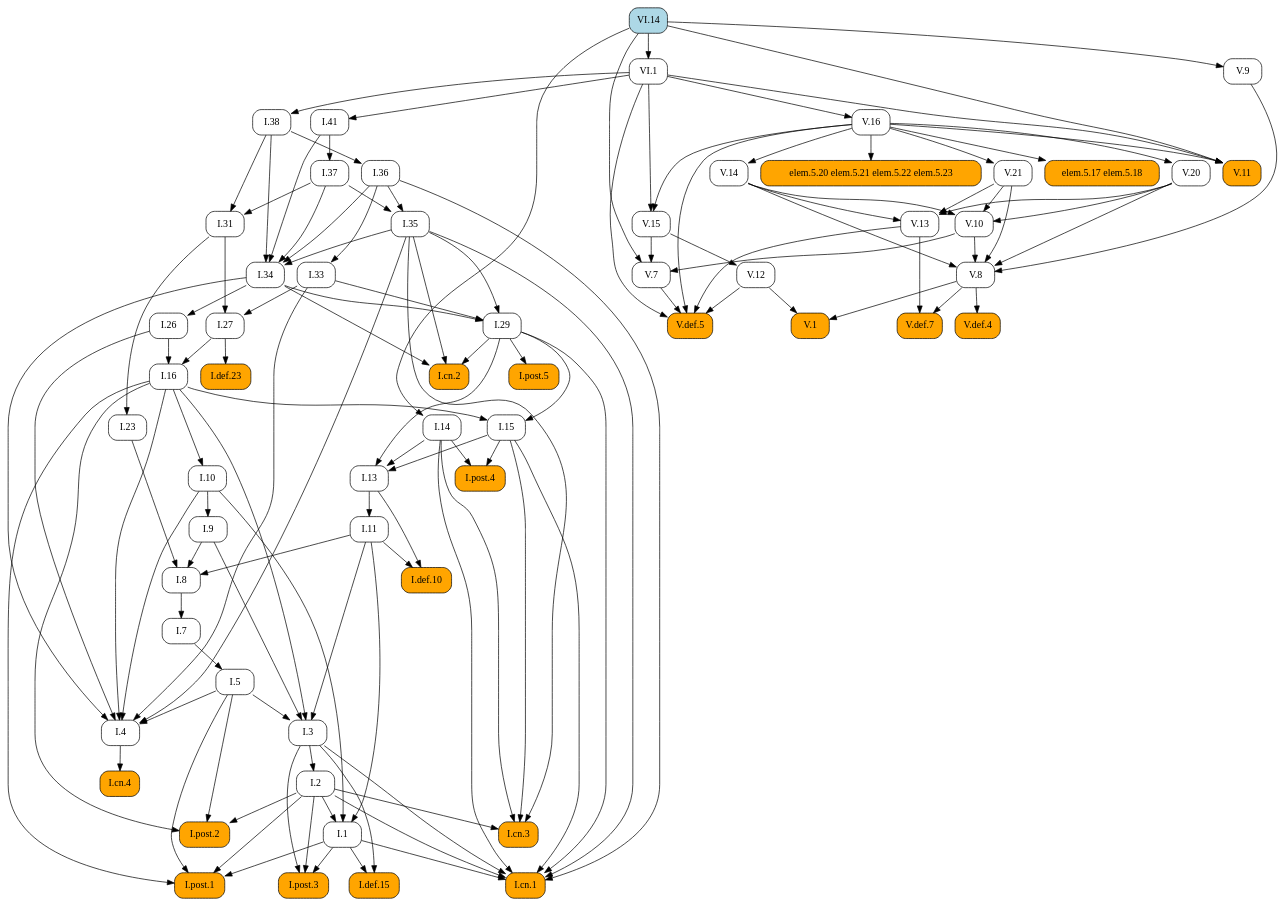
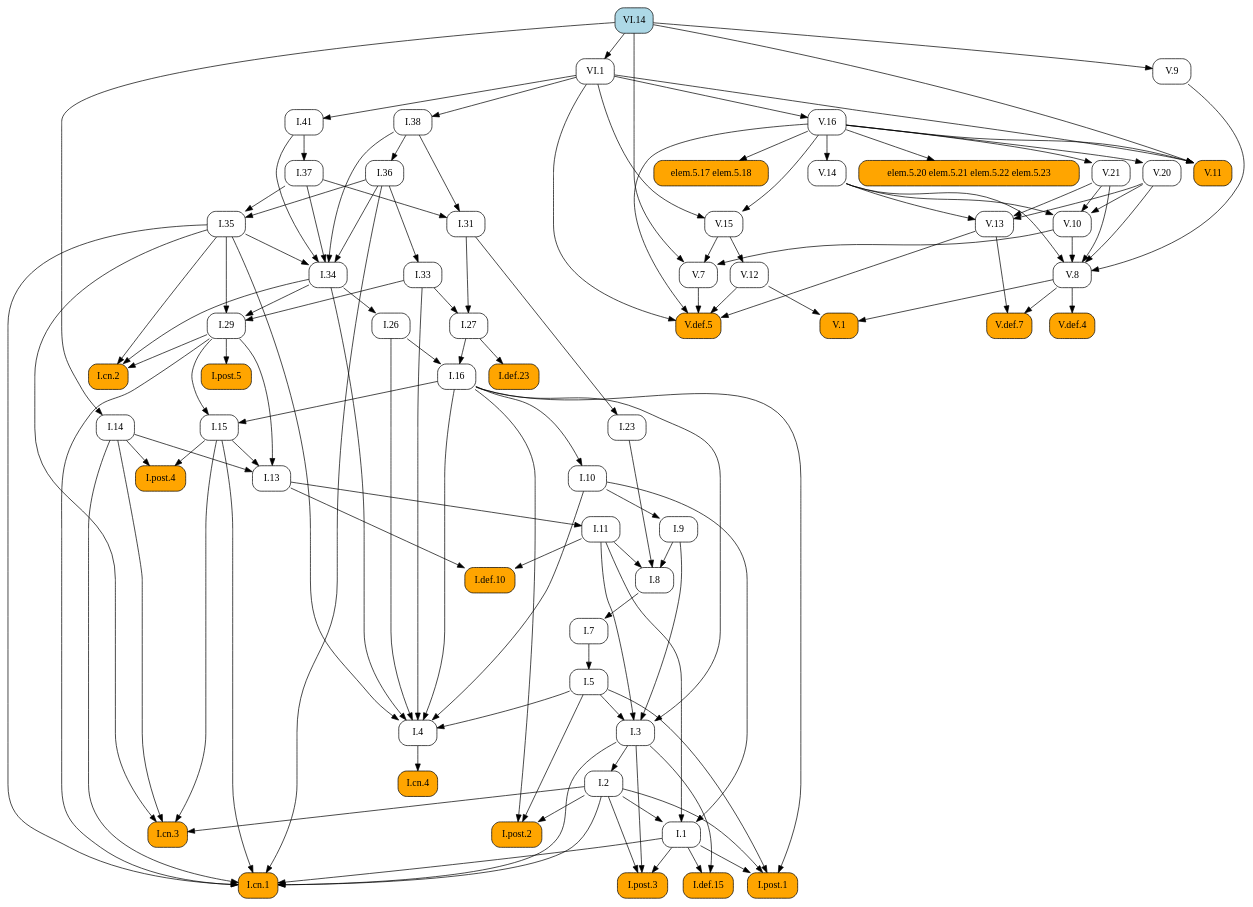
One commit to geometor/elements changed the diagram in docsrc/elements2/VI/14/index.rst. Above: the diagram before and after it, drawn with Graphviz. The commit also changed other lines of this file and 171 other files, not shown here.

```diff
--- a/docsrc/elements2/VI/14/index.rst
+++ b/docsrc/elements2/VI/14/index.rst
@@ -57,161 +57,137 @@
    digraph {
      rankdir="TB";
      node [shape=box, style=rounded];
+     "V.20" [URL="/elements2/V/20/", target="_top"];
+     "I.8" [URL="/elements2/I/8/", target="_top"];
+     "I.36" [URL="/elements2/I/36/", target="_top"];
+     "V.def.5" [style="rounded,filled", fillcolor=orange, URL="/elements2/V/def.5/", target="_top"];
+     "VI.14" [style="rounded,filled", fillcolor=lightblue, URL="/elements2/VI/14/", target="_top"];
+     "V.def.4" [style="rounded,filled", fillcolor=orange, URL="/elements2/V/def.4/", target="_top"];
+     "I.14" [URL="/elements2/I/14/", target="_top"];
+     "I.post.1" [style="rounded,filled", fillcolor=orange, URL="/elements2/I/post.1/", target="_top"];
+     "I.33" [URL="/elements2/I/33/", target="_top"];
+     "I.5" [URL="/elements2/I/5/", target="_top"];
+     "I.38" [URL="/elements2/I/38/", target="_top"];
+     "elem.5.17 elem.5.18" [style="rounded,filled", fillcolor=orange];
+     "VI.1" [URL="/elements2/VI/1/", target="_top"];
+     "V.11" [style="rounded,filled", fillcolor=orange, URL="/elements2/V/11/", target="_top"];
+     "I.def.10" [style="rounded,filled", fillcolor=orange, URL="/elements2/I/def.10/", target="_top"];
+     "V.13" [URL="/elements2/V/13/", target="_top"];
+     "I.post.5" [style="rounded,filled", fillcolor=orange, URL="/elements2/I/post.5/", target="_top"];
+     "I.cn.2" [style="rounded,filled", fillcolor=orange, URL="/elements2/I/cn.2/", target="_top"];
+     "V.9" [URL="/elements2/V/9/", target="_top"];
+     "V.16" [URL="/elements2/V/16/", target="_top"];
+     "I.def.15" [style="rounded,filled", fillcolor=orange, URL="/elements2/I/def.15/", target="_top"];
+     "V.15" [URL="/elements2/V/15/", target="_top"];
+     "I.31" [URL="/elements2/I/31/", target="_top"];
+     "I.11" [URL="/elements2/I/11/", target="_top"];
+     "I.3" [URL="/elements2/I/3/", target="_top"];
+     "I.def.23" [style="rounded,filled", fillcolor=orange, URL="/elements2/I/def.23/", target="_top"];
+     "I.post.2" [style="rounded,filled", fillcolor=orange, URL="/elements2/I/post.2/", target="_top"];
+     "I.26" [URL="/elements2/I/26/", target="_top"];
+     "V.14" [URL="/elements2/V/14/", target="_top"];
+     "V.10" [URL="/elements2/V/10/", target="_top"];
+     "I.cn.3" [style="rounded,filled", fillcolor=orange, URL="/elements2/I/cn.3/", target="_top"];
+     "I.1" [URL="/elements2/I/1/", target="_top"];
+     "I.cn.4" [style="rounded,filled", fillcolor=orange, URL="/elements2/I/cn.4/", target="_top"];
+     "I.23" [URL="/elements2/I/23/", target="_top"];
+     "I.7" [URL="/elements2/I/7/", target="_top"];
+     "I.9" [URL="/elements2/I/9/", target="_top"];
+     "I.16" [URL="/elements2/I/16/", target="_top"];
+     "V.1" [style="rounded,filled", fillcolor=orange, URL="/elements2/V/1/", target="_top"];
+     "V.7" [URL="/elements2/V/7/", target="_top"];
+     "I.cn.1" [style="rounded,filled", fillcolor=orange, URL="/elements2/I/cn.1/", target="_top"];
+     "I.post.4" [style="rounded,filled", fillcolor=orange, URL="/elements2/I/post.4/", target="_top"];
+     "V.12" [URL="/elements2/V/12/", target="_top"];
+     "I.13" [URL="/elements2/I/13/", target="_top"];
+     "V.21" [URL="/elements2/V/21/", target="_top"];
+     "elem.5.20 elem.5.21 elem.5.22 elem.5.23" [style="rounded,filled", fillcolor=orange];
+     "I.41" [URL="/elements2/I/41/", target="_top"];
+     "I.29" [URL="/elements2/I/29/", target="_top"];
+     "I.35" [URL="/elements2/I/35/", target="_top"];
+     "I.2" [URL="/elements2/I/2/", target="_top"];
      "I.37" [URL="/elements2/I/37/", target="_top"];
-     "elem.5.17 elem.5.18" [style="rounded,filled", fillcolor=orange];
-     "V.7" [URL="/elements2/V/7/", target="_top"];
-     "I.def.10" [style="rounded,filled", fillcolor=orange, URL="/elements2/I/def.10/", target="_top"];
-     "VI.14" [style="rounded,filled", fillcolor=lightblue, URL="/elements2/VI/14/", target="_top"];
+     "I.27" [URL="/elements2/I/27/", target="_top"];
+     "I.4" [URL="/elements2/I/4/", target="_top"];
+     "V.8" [URL="/elements2/V/8/", target="_top"];
+     "I.10" [URL="/elements2/I/10/", target="_top"];
+     "I.15" [URL="/elements2/I/15/", target="_top"];
      "I.34" [URL="/elements2/I/34/", target="_top"];
-     "V.def.5" [style="rounded,filled", fillcolor=orange, URL="/elements2/V/def.5/", target="_top"];
-     "I.def.15" [style="rounded,filled", fillcolor=orange, URL="/elements2/I/def.15/", target="_top"];
+     "V.def.7" [style="rounded,filled", fillcolor=orange, URL="/elements2/V/def.7/", target="_top"];
      "I.post.3" [style="rounded,filled", fillcolor=orange, URL="/elements2/I/post.3/", target="_top"];
-     "I.cn.4" [style="rounded,filled", fillcolor=orange, URL="/elements2/I/cn.4/", target="_top"];
-     "V.def.7" [style="rounded,filled", fillcolor=orange, URL="/elements2/V/def.7/", target="_top"];
-     "I.41" [URL="/elements2/I/41/", target="_top"];
-     "I.36" [URL="/elements2/I/36/", target="_top"];
-     "I.27" [URL="/elements2/I/27/", target="_top"];
-     "V.10" [URL="/elements2/V/10/", target="_top"];
-     "I.post.2" [style="rounded,filled", fillcolor=orange, URL="/elements2/I/post.2/", target="_top"];
-     "I.13" [URL="/elements2/I/13/", target="_top"];
-     "I.10" [URL="/elements2/I/10/", target="_top"];
-     "I.post.1" [style="rounded,filled", fillcolor=orange, URL="/elements2/I/post.1/", target="_top"];
-     "I.7" [URL="/elements2/I/7/", target="_top"];
-     "V.15" [URL="/elements2/V/15/", target="_top"];
-     "V.14" [URL="/elements2/V/14/", target="_top"];
-     "I.14" [URL="/elements2/I/14/", target="_top"];
-     "I.11" [URL="/elements2/I/11/", target="_top"];
-     "I.4" [URL="/elements2/I/4/", target="_top"];
-     "V.13" [URL="/elements2/V/13/", target="_top"];
-     "V.16" [URL="/elements2/V/16/", target="_top"];
-     "V.1" [style="rounded,filled", fillcolor=orange, URL="/elements2/V/1/", target="_top"];
-     "I.16" [URL="/elements2/I/16/", target="_top"];
-     "V.21" [URL="/elements2/V/21/", target="_top"];
-     "I.def.23" [style="rounded,filled", fillcolor=orange, URL="/elements2/I/def.23/", target="_top"];
-     "elem.5.20 elem.5.21 elem.5.22 elem.5.23" [style="rounded,filled", fillcolor=orange];
-     "I.9" [URL="/elements2/I/9/", target="_top"];
-     "I.38" [URL="/elements2/I/38/", target="_top"];
-     "I.8" [URL="/elements2/I/8/", target="_top"];
-     "I.23" [URL="/elements2/I/23/", target="_top"];
-     "I.26" [URL="/elements2/I/26/", target="_top"];
-     "I.cn.2" [style="rounded,filled", fillcolor=orange, URL="/elements2/I/cn.2/", target="_top"];
-     "I.2" [URL="/elements2/I/2/", target="_top"];
-     "I.15" [URL="/elements2/I/15/", target="_top"];
-     "I.post.5" [style="rounded,filled", fillcolor=orange, URL="/elements2/I/post.5/", target="_top"];
-     "VI.1" [URL="/elements2/VI/1/", target="_top"];
-     "I.1" [URL="/elements2/I/1/", target="_top"];
-     "V.def.4" [style="rounded,filled", fillcolor=orange, URL="/elements2/V/def.4/", target="_top"];
-     "I.35" [URL="/elements2/I/35/", target="_top"];
-     "V.11" [style="rounded,filled", fillcolor=orange, URL="/elements2/V/11/", target="_top"];
-     "V.12" [URL="/elements2/V/12/", target="_top"];
-     "I.33" [URL="/elements2/I/33/", target="_top"];
-     "I.31" [URL="/elements2/I/31/", target="_top"];
-     "I.post.4" [style="rounded,filled", fillcolor=orange, URL="/elements2/I/post.4/", target="_top"];
-     "I.cn.1" [style="rounded,filled", fillcolor=orange, URL="/elements2/I/cn.1/", target="_top"];
-     "I.3" [URL="/elements2/I/3/", target="_top"];
-     "I.cn.3" [style="rounded,filled", fillcolor=orange, URL="/elements2/I/cn.3/", target="_top"];
-     "V.9" [URL="/elements2/V/9/", target="_top"];
-     "I.29" [URL="/elements2/I/29/", target="_top"];
-     "I.5" [URL="/elements2/I/5/", target="_top"];
-     "V.8" [URL="/elements2/V/8/", target="_top"];
-     "V.20" [URL="/elements2/V/20/", target="_top"];
-     "I.41" -> "I.37";
-     "V.16" -> "elem.5.17 elem.5.18";
-     "V.10" -> "V.7";
-     "V.15" -> "V.7";
-     "VI.14" -> "V.7";
-     "I.11" -> "I.def.10";
-     "I.13" -> "I.def.10";
-     "I.35" -> "I.34";
-     "I.36" -> "I.34";
-     "I.37" -> "I.34";
-     "I.38" -> "I.34";
-     "I.41" -> "I.34";
+     "V.16" -> "V.20";
+     "I.9" -> "I.8";
+     "I.11" -> "I.8";
+     "I.23" -> "I.8";
+     "I.38" -> "I.36";
      "V.7" -> "V.def.5";
      "V.12" -> "V.def.5";
      "V.13" -> "V.def.5";
      "V.16" -> "V.def.5";
      "VI.1" -> "V.def.5";
-     "I.1" -> "I.def.15";
-     "I.3" -> "I.def.15";
-     "I.1" -> "I.post.3";
-     "I.2" -> "I.post.3";
-     "I.3" -> "I.post.3";
-     "I.4" -> "I.cn.4";
-     "V.8" -> "V.def.7";
-     "V.13" -> "V.def.7";
-     "VI.1" -> "I.41";
-     "I.38" -> "I.36";
-     "I.31" -> "I.27";
-     "I.33" -> "I.27";
-     "V.14" -> "V.10";
-     "V.20" -> "V.10";
-     "V.21" -> "V.10";
-     "I.2" -> "I.post.2";
-     "I.5" -> "I.post.2";
-     "I.16" -> "I.post.2";
-     "I.14" -> "I.13";
-     "I.15" -> "I.13";
-     "I.29" -> "I.13";
-     "I.16" -> "I.10";
+     "V.8" -> "V.def.4";
+     "VI.14" -> "I.14";
      "I.1" -> "I.post.1";
      "I.2" -> "I.post.1";
      "I.5" -> "I.post.1";
      "I.16" -> "I.post.1";
-     "I.8" -> "I.7";
-     "V.16" -> "V.15";
-     "VI.1" -> "V.15";
-     "V.16" -> "V.14";
-     "VI.14" -> "I.14";
-     "I.13" -> "I.11";
-     "I.5" -> "I.4";
-     "I.10" -> "I.4";
-     "I.16" -> "I.4";
-     "I.26" -> "I.4";
-     "I.33" -> "I.4";
-     "I.34" -> "I.4";
-     "I.35" -> "I.4";
+     "I.36" -> "I.33";
+     "I.7" -> "I.5";
+     "VI.1" -> "I.38";
+     "V.16" -> "elem.5.17 elem.5.18";
+     "VI.14" -> "VI.1";
+     "V.16" -> "V.11";
+     "VI.1" -> "V.11";
+     "VI.14" -> "V.11";
+     "I.11" -> "I.def.10";
+     "I.13" -> "I.def.10";
      "V.14" -> "V.13";
      "V.20" -> "V.13";
      "V.21" -> "V.13";
-     "VI.1" -> "V.16";
-     "V.8" -> "V.1";
-     "V.12" -> "V.1";
-     "I.26" -> "I.16";
-     "I.27" -> "I.16";
-     "V.16" -> "V.21";
-     "I.27" -> "I.def.23";
-     "V.16" -> "elem.5.20 elem.5.21 elem.5.22 elem.5.23";
-     "I.10" -> "I.9";
-     "VI.1" -> "I.38";
-     "I.9" -> "I.8";
-     "I.11" -> "I.8";
-     "I.23" -> "I.8";
-     "I.31" -> "I.23";
-     "I.34" -> "I.26";
+     "I.29" -> "I.post.5";
      "I.29" -> "I.cn.2";
      "I.34" -> "I.cn.2";
      "I.35" -> "I.cn.2";
-     "I.3" -> "I.2";
-     "I.16" -> "I.15";
-     "I.29" -> "I.15";
-     "I.29" -> "I.post.5";
-     "VI.14" -> "VI.1";
+     "VI.14" -> "V.9";
+     "VI.1" -> "V.16";
+     "I.1" -> "I.def.15";
+     "I.3" -> "I.def.15";
+     "V.16" -> "V.15";
+     "VI.1" -> "V.15";
+     "I.37" -> "I.31";
+     "I.38" -> "I.31";
+     "I.13" -> "I.11";
+     "I.5" -> "I.3";
+     "I.9" -> "I.3";
+     "I.11" -> "I.3";
+     "I.16" -> "I.3";
+     "I.27" -> "I.def.23";
+     "I.2" -> "I.post.2";
+     "I.5" -> "I.post.2";
+     "I.16" -> "I.post.2";
+     "I.34" -> "I.26";
+     "V.16" -> "V.14";
+     "V.14" -> "V.10";
+     "V.20" -> "V.10";
+     "V.21" -> "V.10";
+     "I.2" -> "I.cn.3";
+     "I.14" -> "I.cn.3";
+     "I.15" -> "I.cn.3";
+     "I.35" -> "I.cn.3";
      "I.2" -> "I.1";
      "I.10" -> "I.1";
      "I.11" -> "I.1";
-     "V.8" -> "V.def.4";
-     "I.36" -> "I.35";
-     "I.37" -> "I.35";
-     "V.16" -> "V.11";
-     "VI.1" -> "V.11";
-     "VI.14" -> "V.11";
-     "V.15" -> "V.12";
-     "I.36" -> "I.33";
-     "I.37" -> "I.31";
-     "I.38" -> "I.31";
-     "I.14" -> "I.post.4";
-     "I.15" -> "I.post.4";
+     "I.4" -> "I.cn.4";
+     "I.31" -> "I.23";
+     "I.8" -> "I.7";
+     "I.10" -> "I.9";
+     "I.26" -> "I.16";
+     "I.27" -> "I.16";
+     "V.8" -> "V.1";
+     "V.12" -> "V.1";
+     "V.10" -> "V.7";
+     "V.15" -> "V.7";
+     "VI.14" -> "V.7";
      "I.1" -> "I.cn.1";
      "I.2" -> "I.cn.1";
      "I.3" -> "I.cn.1";
@@ -220,23 +196,47 @@
      "I.29" -> "I.cn.1";
      "I.35" -> "I.cn.1";
      "I.36" -> "I.cn.1";
-     "I.5" -> "I.3";
-     "I.9" -> "I.3";
-     "I.11" -> "I.3";
-     "I.16" -> "I.3";
-     "I.2" -> "I.cn.3";
-     "I.14" -> "I.cn.3";
-     "I.15" -> "I.cn.3";
-     "I.35" -> "I.cn.3";
-     "VI.14" -> "V.9";
+     "I.14" -> "I.post.4";
+     "I.15" -> "I.post.4";
+     "V.15" -> "V.12";
+     "I.14" -> "I.13";
+     "I.15" -> "I.13";
+     "I.29" -> "I.13";
+     "V.16" -> "V.21";
+     "V.16" -> "elem.5.20 elem.5.21 elem.5.22 elem.5.23";
+     "VI.1" -> "I.41";
      "I.33" -> "I.29";
      "I.34" -> "I.29";
      "I.35" -> "I.29";
-     "I.7" -> "I.5";
+     "I.36" -> "I.35";
+     "I.37" -> "I.35";
+     "I.3" -> "I.2";
+     "I.41" -> "I.37";
+     "I.31" -> "I.27";
+     "I.33" -> "I.27";
+     "I.5" -> "I.4";
+     "I.10" -> "I.4";
+     "I.16" -> "I.4";
+     "I.26" -> "I.4";
+     "I.33" -> "I.4";
+     "I.34" -> "I.4";
+     "I.35" -> "I.4";
      "V.9" -> "V.8";
      "V.10" -> "V.8";
      "V.14" -> "V.8";
      "V.20" -> "V.8";
      "V.21" -> "V.8";
-     "V.16" -> "V.20";
+     "I.16" -> "I.10";
+     "I.16" -> "I.15";
+     "I.29" -> "I.15";
+     "I.35" -> "I.34";
+     "I.36" -> "I.34";
+     "I.37" -> "I.34";
+     "I.38" -> "I.34";
+     "I.41" -> "I.34";
+     "V.8" -> "V.def.7";
+     "V.13" -> "V.def.7";
+     "I.1" -> "I.post.3";
+     "I.2" -> "I.post.3";
+     "I.3" -> "I.post.3";
    }
```
